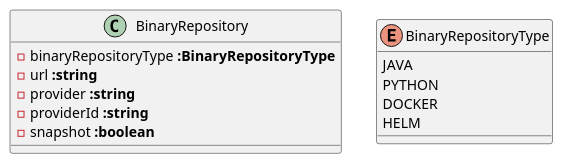
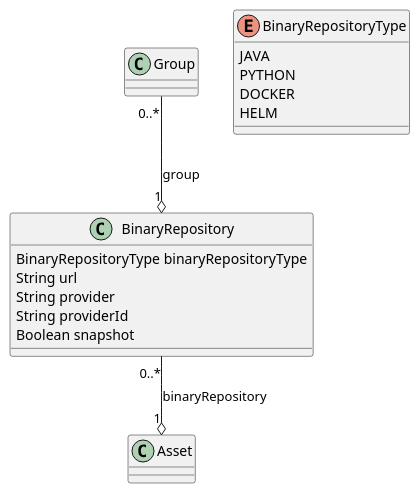
Before and after one commit to kathra-project/specifications: the diagram in Use cases/BinaryRepository/model.puml, drawn with PlantUML. The commit also changed 23 other files, not shown here.

```diff
--- a/Use cases/BinaryRepository/model.puml
+++ b/Use cases/BinaryRepository/model.puml
@@ -1,18 +1,21 @@
 @startuml
 
 class  BinaryRepository {
-     - binaryRepositoryType <b>:BinaryRepositoryType</b>
-     - url <b>:string</b>
-     - provider <b>:string</b>
-     - providerId <b>:string</b>
-     - snapshot <b>:boolean</b>
+     BinaryRepositoryType binaryRepositoryType
+     String url
+     String provider
+     String providerId
+     Boolean snapshot
 }
 
 enum  BinaryRepositoryType {
      JAVA
      PYTHON
      DOCKER
      HELM
 }
 
+BinaryRepository  "0..*" --o "1" Asset : binaryRepository
+Group  "0..*" --o "1" BinaryRepository : group
+
 @enduml
```
